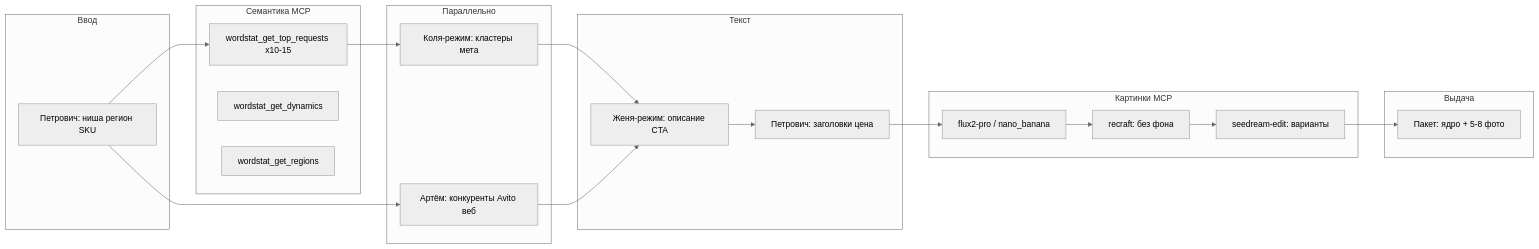
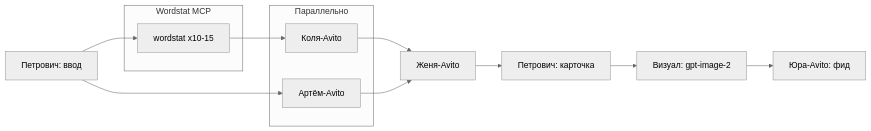
Before and after one commit to AndreyNF/MyFirstProject: the second of 2 diagrams in AGENTS.md, drawn with Mermaid (neutral theme). The commit also changed other lines of this file and 17 other files, not shown here.

````diff
--- a/AGENTS.md
+++ b/AGENTS.md
@@ -14,37 +47,20 @@
 ```mermaid
 flowchart LR
-  subgraph input [Ввод]
-    P[Петрович: ниша регион SKU]
-  end
-  subgraph semantic [Семантика MCP]
-    W[wordstat_get_top_requests x10-15]
-    D[wordstat_get_dynamics]
-    R[wordstat_get_regions]
+  P[Петрович: ввод]
+  subgraph semantic [Wordstat MCP]
+    W[wordstat x10-15]
   end
   subgraph parallel [Параллельно]
-    A[Артём: конкуренты Avito веб]
-    K[Коля-режим: кластеры мета]
+    K[Коля-Avito]
+    A[Артём-Avito]
   end
-  subgraph copy [Текст]
-    Z[Женя-режим: описание CTA]
-    Pet[Петрович: заголовки цена]
-  end
-  subgraph visual [Картинки MCP]
-    I1[flux2-pro / nano_banana]
-    I2[recraft: без фона]
-    I3[seedream-edit: варианты]
-  end
-  subgraph out [Выдача]
-    Pack[Пакет: ядро + 5-8 фото]
-  end
-  P --> W
-  W --> K
+  Z[Женя-Avito]
+  Pet[Петрович: карточка]
+  V[Визуал: gpt-image-2]
+  Yu[Юра-Avito: фид]
+  P --> W --> K
   P --> A
   K --> Z
   A --> Z
-  Z --> Pet
-  Pet --> I1
-  I1 --> I2
-  I2 --> I3
-  I3 --> Pack
+  Z --> Pet --> V --> Yu
 ```
````
